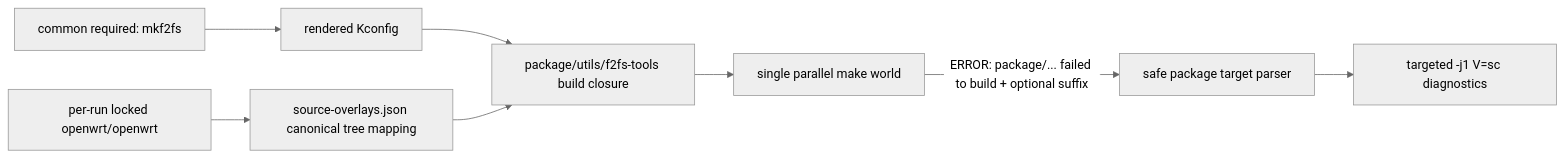
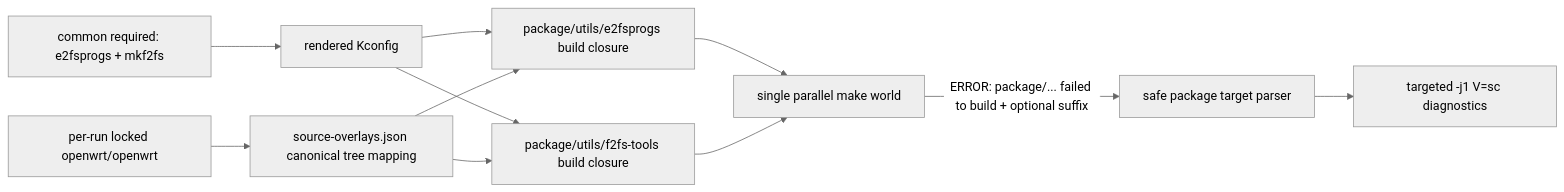
Before and after one commit to Suysker/Actions-OpenWrt: the second of 4 diagrams in docs/build-architecture.md, drawn with Mermaid (neutral theme). The commit also changed other lines of this file and 3 other files, not shown here.

Commit message:
fix GCC15 e2fsprogs build

````diff
--- a/docs/build-architecture.md
+++ b/docs/build-architecture.md
@@ -590,10 +591,13 @@
 ```mermaid
 flowchart LR
-    REQ["common required: mkf2fs"] --> CFG["rendered Kconfig"]
-    CFG --> CLOSURE["package/utils/f2fs-tools build closure"]
+    REQ["common required: e2fsprogs + mkf2fs"] --> CFG["rendered Kconfig"]
+    CFG --> EXT4["package/utils/e2fsprogs build closure"]
+    CFG --> F2FS["package/utils/f2fs-tools build closure"]
     CORE["per-run locked openwrt/openwrt"] --> MAP["source-overlays.json canonical tree mapping"]
-    MAP --> CLOSURE
-    CLOSURE --> WORLD["single parallel make world"]
+    MAP --> EXT4
+    MAP --> F2FS
+    EXT4 --> WORLD["single parallel make world"]
+    F2FS --> WORLD
     WORLD -->|"ERROR: package/... failed to build + optional suffix"| PARSER["safe package target parser"]
     PARSER --> SERIAL["targeted -j1 V=sc diagnostics"]
 ```
````
